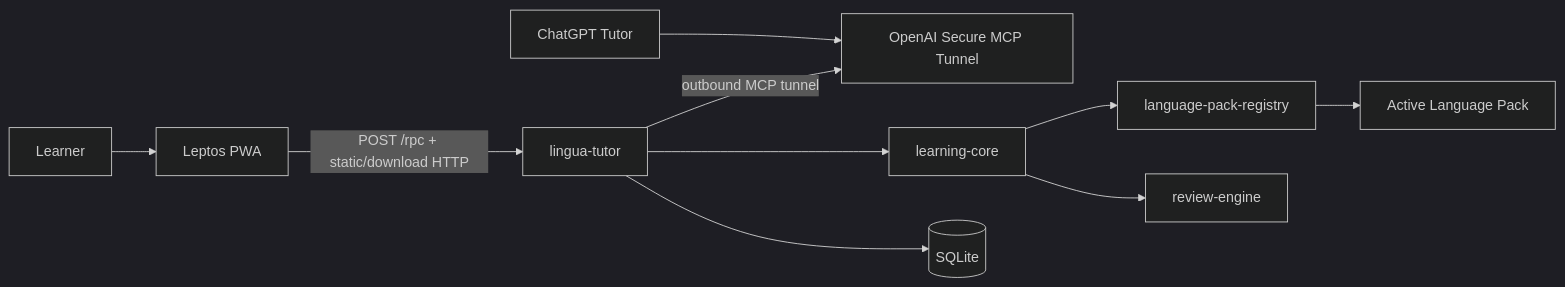
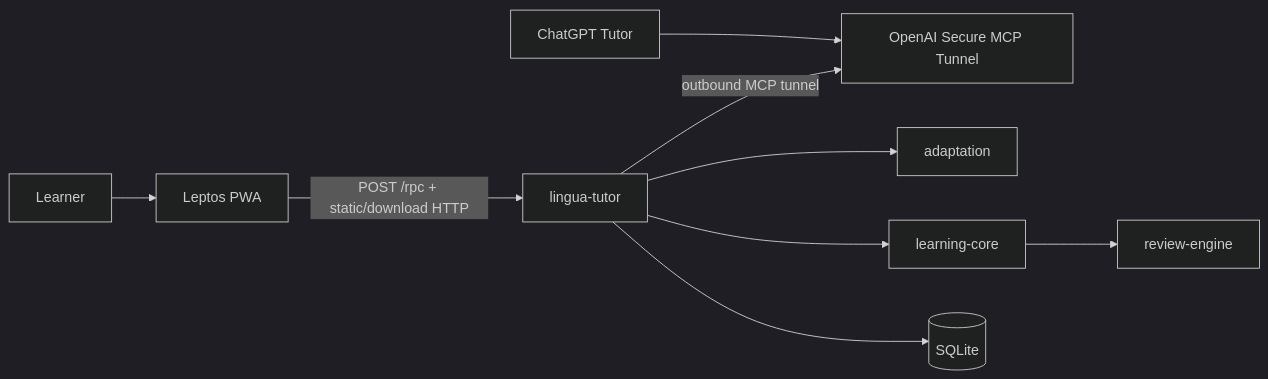
Before and after one commit to agredyaev/lingua-tutor: the diagram in docs/spec/01-architecture.md, drawn with Mermaid (dark theme). The commit also changed other lines of this file and 131 other files, not shown here.

Commit message:
refactor(core): make tutor runtime language-neutral and native

````diff
--- a/docs/spec/01-architecture.md
+++ b/docs/spec/01-architecture.md
@@ -7,23 +7,21 @@
 ```mermaid
 flowchart LR
     U[Learner]
     C[ChatGPT Tutor]
     P[Leptos PWA]
     L[lingua-tutor]
     D[(SQLite)]
     T[OpenAI Secure MCP Tunnel]
     CORE[learning-core]
     REV[review-engine]
-    REG[language-pack-registry]
-    LP[Active Language Pack]
+    ADAPT[adaptation]
 
     U --> P
     P -->|POST /rpc + static/download HTTP| L
     L --> D
     L --> CORE
     CORE --> REV
-    CORE --> REG
-    REG --> LP
+    L --> ADAPT
     C --> T
     L -->|outbound MCP tunnel| T
 ```
````
